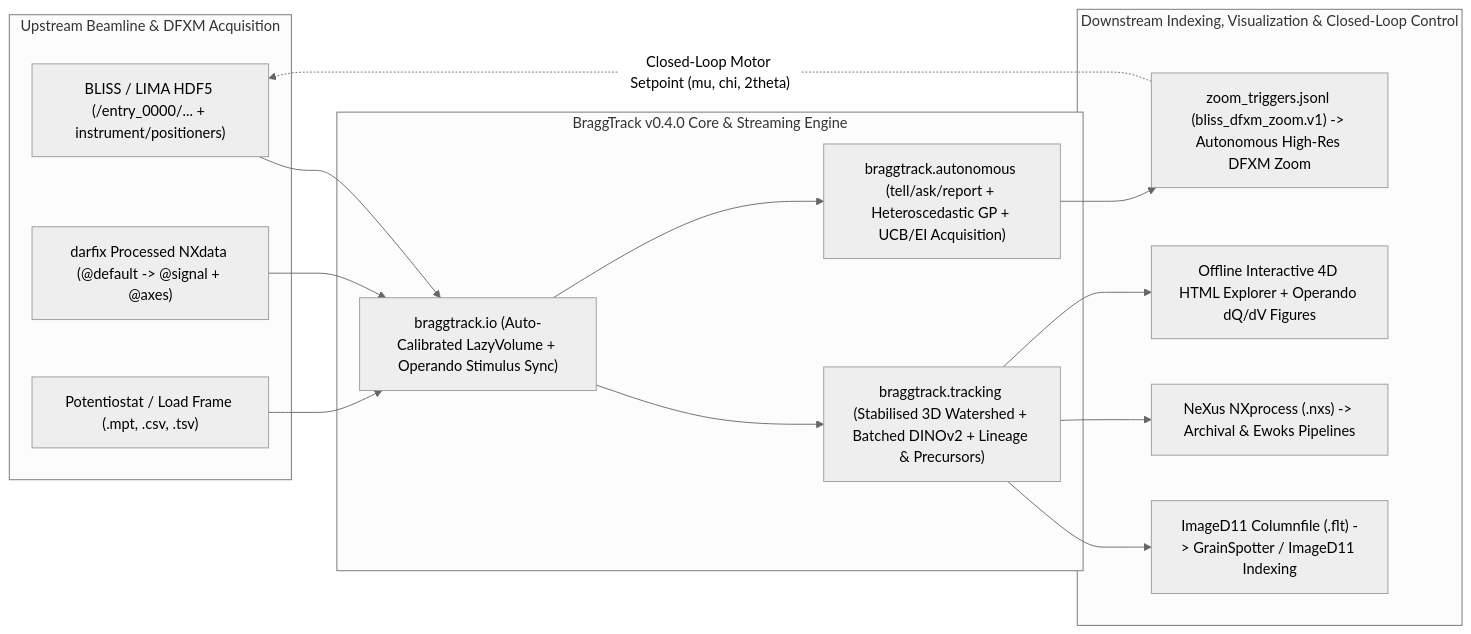
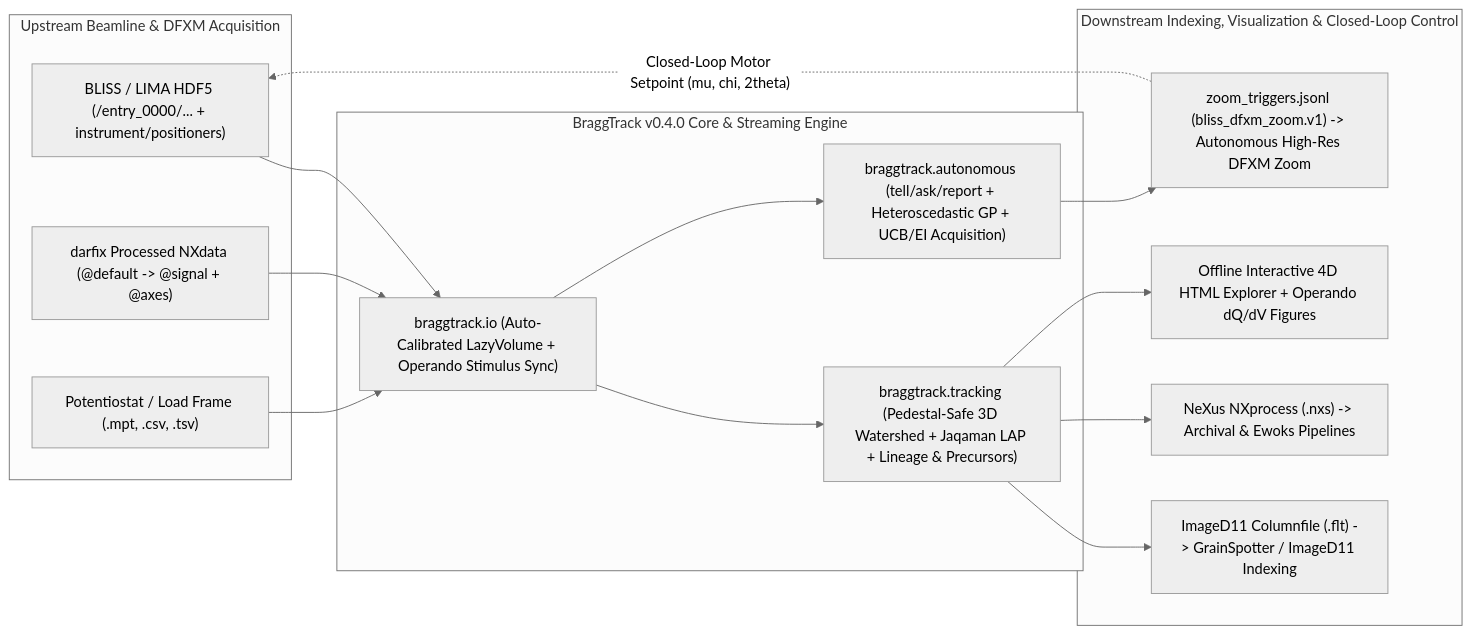
Before and after one commit to BASE-Laboratory/BraggTrack: the diagram in docs/positioning.md, drawn with Mermaid (neutral theme). The commit also changed other lines of this file and 25 other files, not shown here.

Commit message:
fix: pedestal-safe sCMOS Otsu, Jaqaman birth/death LAP, and classical-by-default pipeline

````diff
--- a/docs/positioning.md
+++ b/docs/positioning.md
@@ -29,32 +29,32 @@
 ```mermaid
 flowchart LR
   subgraph upstream["Upstream Beamline & DFXM Acquisition"]
     BLISS["BLISS / LIMA HDF5 (/entry_0000/... + instrument/positioners)"]
     DARFIX["darfix Processed NXdata (@default -> @signal + @axes)"]
     EC["Potentiostat / Load Frame (.mpt, .csv, .tsv)"]
   end
 
   subgraph bt["BraggTrack v0.4.0 Core & Streaming Engine"]
     IO["braggtrack.io (Auto-Calibrated LazyVolume + Operando Stimulus Sync)"]
-    TRK["braggtrack.tracking (Stabilised 3D Watershed + Batched DINOv2 + Lineage & Precursors)"]
+    TRK["braggtrack.tracking (Pedestal-Safe 3D Watershed + Jaqaman LAP + Lineage & Precursors)"]
     AUTO["braggtrack.autonomous (tell/ask/report + Heteroscedastic GP + UCB/EI Acquisition)"]
   end
 
   subgraph downstream["Downstream Indexing, Visualization & Closed-Loop Control"]
     FLT["ImageD11 Columnfile (.flt) -> GrainSpotter / ImageD11 Indexing"]
     NXS["NeXus NXprocess (.nxs) -> Archival & Ewoks Pipelines"]
     HTML["Offline Interactive 4D HTML Explorer + Operando dQ/dV Figures"]
     ZOOM["zoom_triggers.jsonl (bliss_dfxm_zoom.v1) -> Autonomous High-Res DFXM Zoom"]
   end
 
   BLISS --> IO
   DARFIX --> IO
   EC --> IO
   IO --> TRK
   IO --> AUTO
   TRK --> FLT
   TRK --> NXS
   TRK --> HTML
   AUTO --> ZOOM
   ZOOM -. "Closed-Loop Motor Setpoint (mu, chi, 2theta)" .-> BLISS
 ```
````
